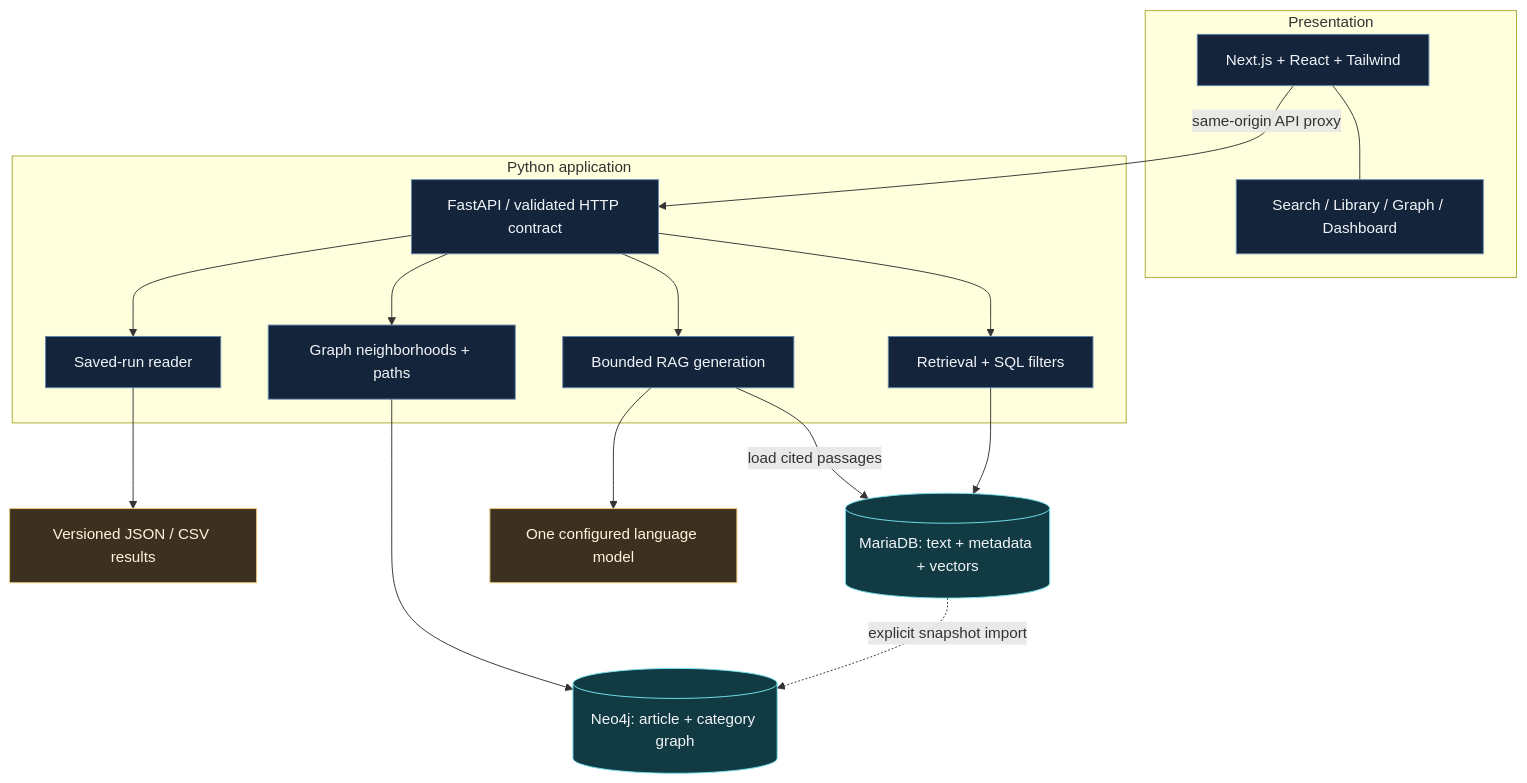
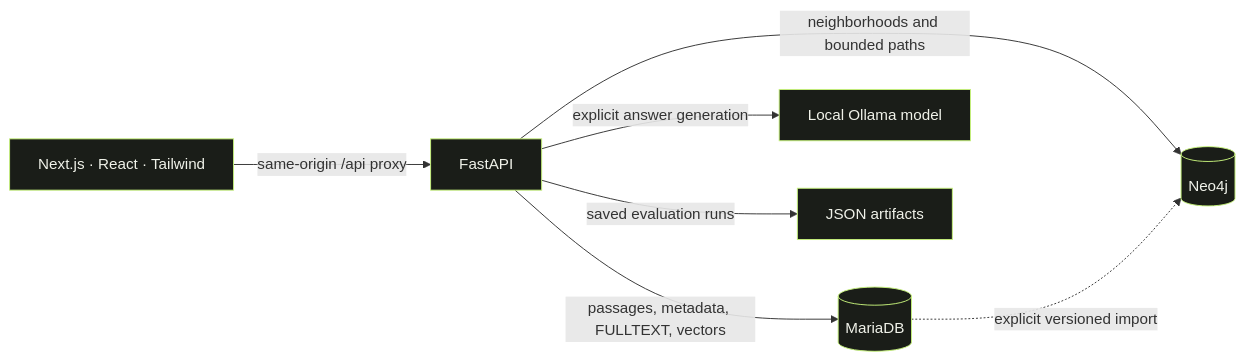
The diagram in README.md (danialeyz/citehop), drawn with Mermaid before and after one commit. The commit also changed other lines of this file and 2 other files, not shown here.

````diff
--- a/README.md
+++ b/README.md
@@ -67,27 +168,11 @@
 ```mermaid
-flowchart TB
-    subgraph CLIENT[Presentation]
-        WEB[Next.js + React + Tailwind]
-        VIEWS[Search / Library / Graph / Dashboard]
-        WEB --- VIEWS
-    end
-    WEB -->|same-origin API proxy| API[FastAPI / validated HTTP contract]
-    subgraph APPLICATION[Python application]
-        API --> RET[Retrieval + SQL filters]
-        API --> GEN[Bounded RAG generation]
-        API --> NAV[Graph neighborhoods + paths]
-        API --> EVAL[Saved-run reader]
-    end
-    RET --> DB[(MariaDB: text + metadata + vectors)]
-    GEN -->|load cited passages| DB
-    GEN --> MODEL[One configured language model]
-    NAV --> NEO[(Neo4j: article + category graph)]
-    EVAL --> FILES[Versioned JSON / CSV results]
-    DB -. explicit snapshot import .-> NEO
-    classDef store fill:#123a42,stroke:#77e4f0,color:#f1f5f9
-    classDef app fill:#14243b,stroke:#6487ad,color:#f1f5f9
-    classDef external fill:#3c3020,stroke:#eac675,color:#fff5db
-    class DB,NEO store
-    class WEB,VIEWS,API,RET,GEN,NAV,EVAL app
-    class MODEL,FILES external
+flowchart LR
+    UI[Next.js · React · Tailwind] -->|same-origin /api proxy| API[FastAPI]
+    API -->|passages, metadata, FULLTEXT, vectors| SQL[(MariaDB)]
+    API -->|neighborhoods and bounded paths| GRAPH[(Neo4j)]
+    API -->|explicit answer generation| MODEL[Local Ollama model]
+    API -->|saved evaluation runs| RUNS[JSON artifacts]
+    SQL -. explicit versioned import .-> GRAPH
+    classDef app fill:#1a1d18,stroke:#c6f27b,color:#f0f2e9
+    class UI,API,SQL,GRAPH,MODEL,RUNS app
 ```
````
